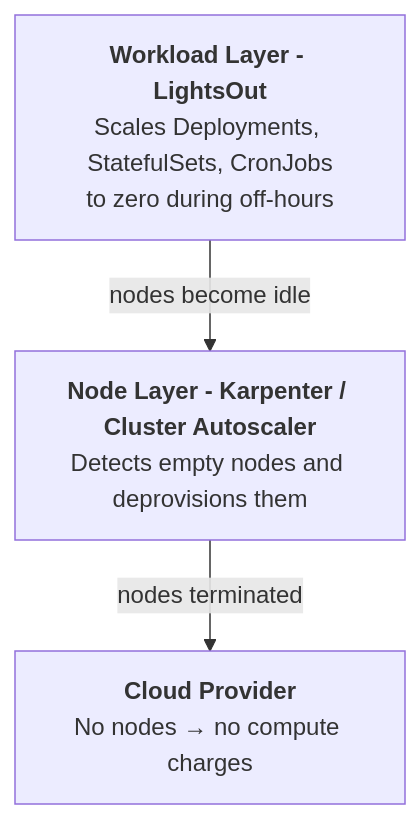
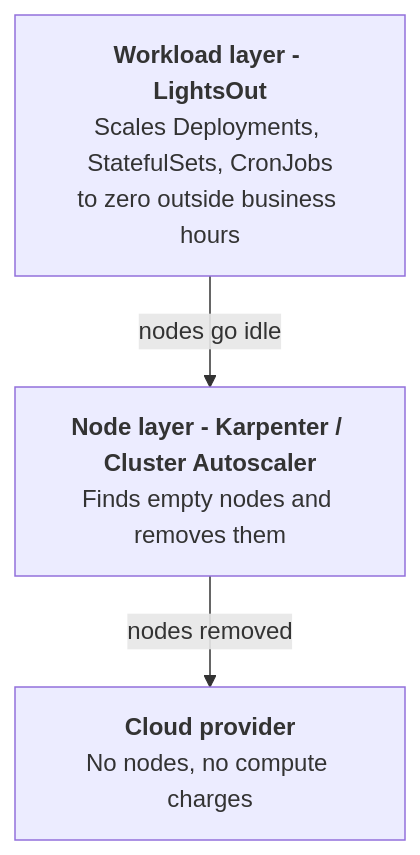
The first of 2 diagrams in docs/architecture.md (gjorgji-ts/lightsout), drawn with Mermaid before and after one commit. The commit also changed other lines of this file and 19 other files, not shown here.

````diff
--- a/docs/architecture.md
+++ b/docs/architecture.md
@@ -11,9 +11,9 @@
 ```mermaid
 flowchart TD
-    LO["<b>Workload Layer - LightsOut</b><br/>Scales Deployments, StatefulSets, CronJobs<br/>to zero during off-hours"]
-    K["<b>Node Layer - Karpenter / Cluster Autoscaler</b><br/>Detects empty nodes and deprovisions them"]
-    C["<b>Cloud Provider</b><br/>No nodes → no compute charges"]
+    LO["<b>Workload layer - LightsOut</b><br/>Scales Deployments, StatefulSets, CronJobs<br/>to zero outside business hours"]
+    K["<b>Node layer - Karpenter / Cluster Autoscaler</b><br/>Finds empty nodes and removes them"]
+    C["<b>Cloud provider</b><br/>No nodes, no compute charges"]
 
-    LO -->|"nodes become idle"| K
-    K -->|"nodes terminated"| C
+    LO -->|"nodes go idle"| K
+    K -->|"nodes removed"| C
 ```
````
